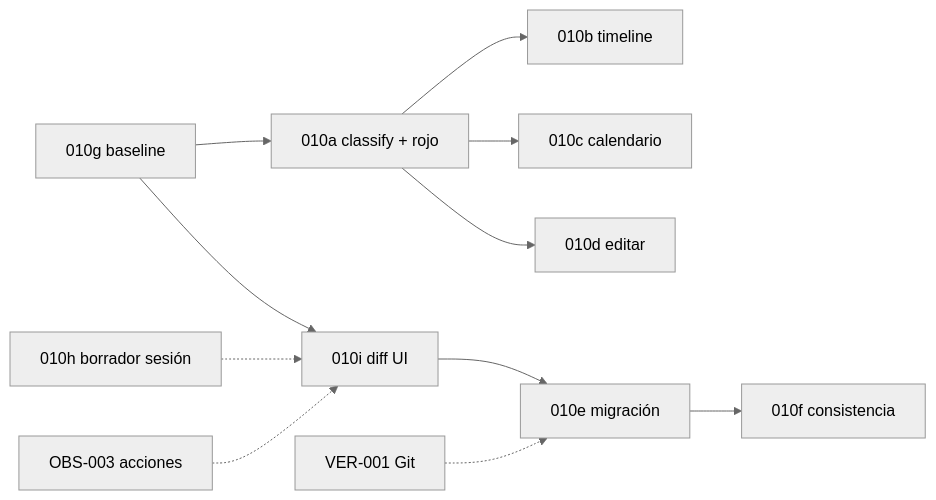
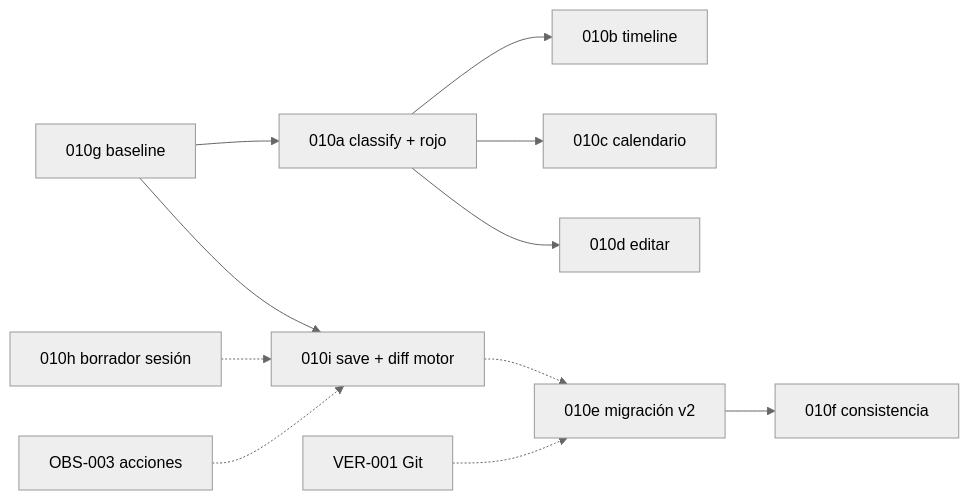
One commit to ZackScd/NarraLith changed the diagram in _docs2/specs/plans/Fase D/FIX-010-calendar-stale-time-chips.md. Above: the diagram before and after it, drawn with Mermaid (neutral theme). The commit also changed other lines of this file and 8 other files, not shown here.

````diff
--- a/_docs2/specs/plans/Fase D/FIX-010-calendar-stale-time-chips.md
+++ b/_docs2/specs/plans/Fase D/FIX-010-calendar-stale-time-chips.md
@@ -38,13 +38,13 @@
 ```mermaid
 flowchart LR
   g[010g baseline] --> a[010a classify + rojo]
   a --> b[010b timeline]
   a --> c[010c calendario]
   a --> d[010d editar]
-  g --> i[010i diff UI]
-  i --> e[010e migración]
+  g --> i[010i save + diff motor]
+  i -.-> e[010e migración v2]
   h[010h borrador sesión] -.-> i
   obs[OBS-003 acciones] -.-> i
   e --> f[010f consistencia]
   ver[VER-001 Git] -.-> e
 ```
````
